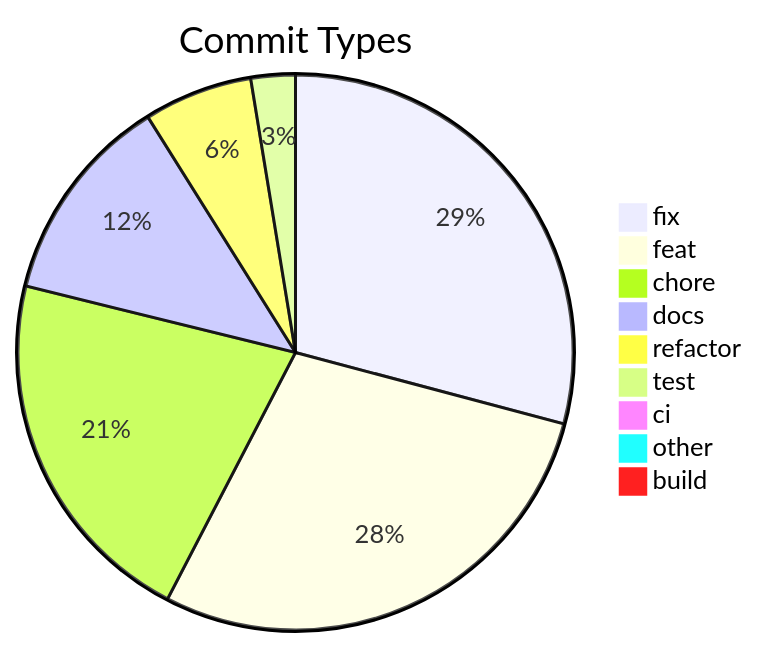
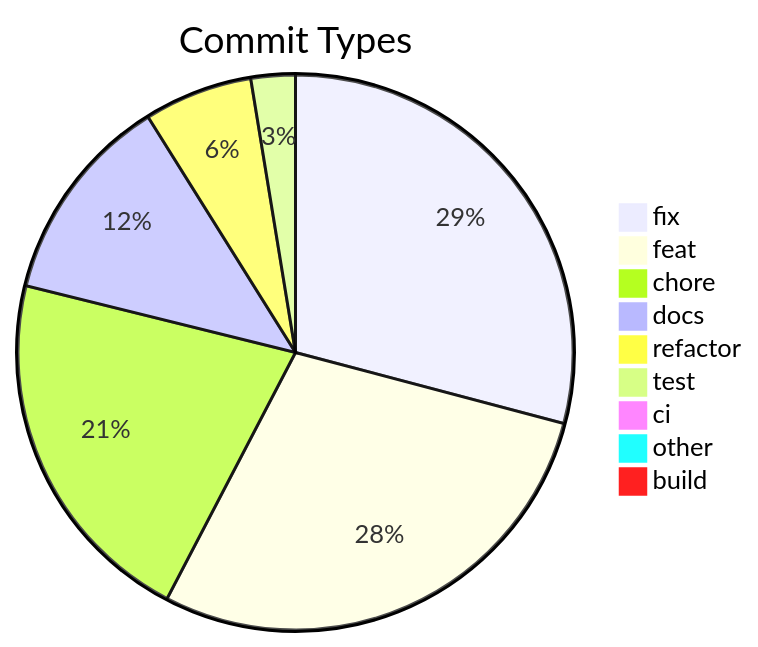
The diagram in .shipwright/compliance/change-history.md (svenroth-ai/shipwright), drawn with Mermaid before and after one commit. The commit also changed other lines of this file and 44 other files, not shown here.

````diff
--- a/.shipwright/compliance/change-history.md
+++ b/.shipwright/compliance/change-history.md
@@ -10,12 +10,12 @@
 ```mermaid
 pie title Commit Types
     "fix" : 350
-    "feat" : 342
+    "feat" : 343
     "chore" : 255
     "docs" : 147
     "refactor" : 76
     "test" : 31
     "ci" : 11
     "other" : 9
     "build" : 1
 ```
````
